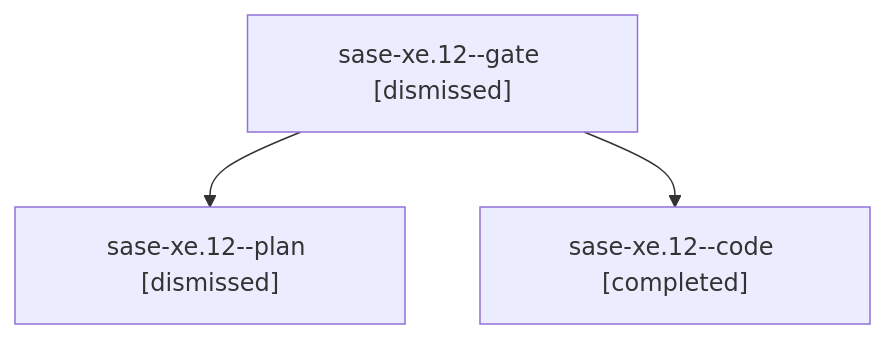
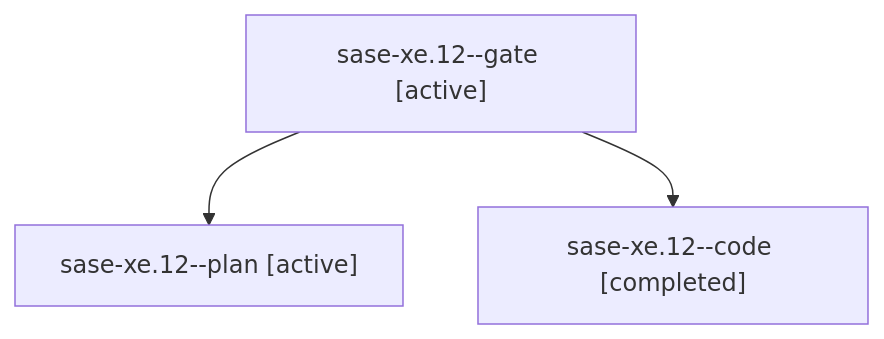
The diagram in families/bbugyi200.athena.sase-xe.12.md (sase-org/sase--agents), drawn with Mermaid before and after one commit. The commit also changed other lines of this file and 35830 other files, not shown here.

````diff
--- a/families/bbugyi200.athena.sase-xe.12.md
+++ b/families/bbugyi200.athena.sase-xe.12.md
@@ -9,8 +9,8 @@
 ```mermaid
 flowchart TD
-  n0["sase-xe.12--gate [dismissed]"]
-  n1["sase-xe.12--plan [dismissed]"]
+  n0["sase-xe.12--gate [active]"]
+  n1["sase-xe.12--plan [active]"]
   n0 --> n1
   n2["sase-xe.12--code [completed]"]
   n0 --> n2
 ```
````
